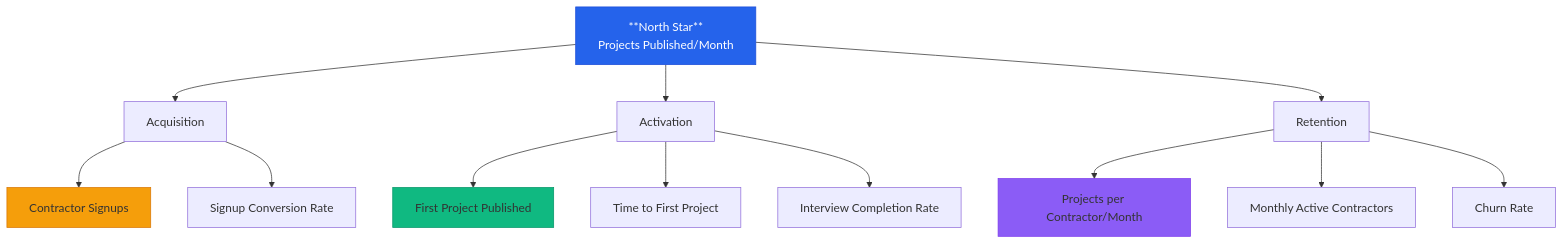
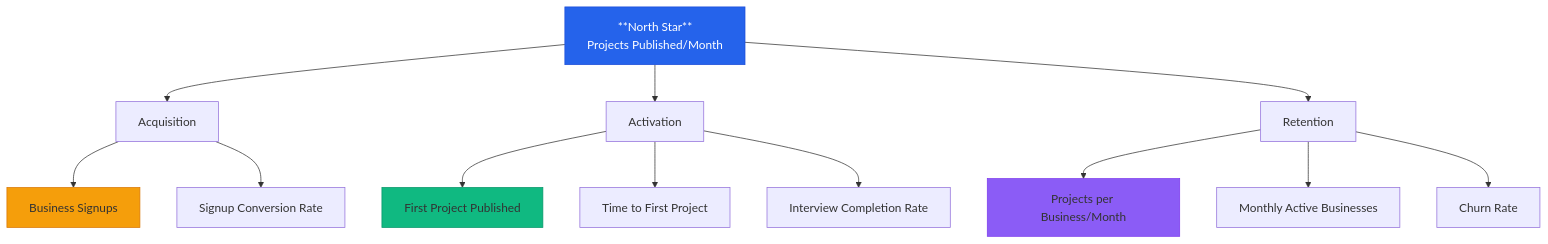
One commit to AaronBakerDev/knearme-platform changed the diagram in docs/01-vision/vision.md. Above: the diagram before and after it, drawn with Mermaid. The commit also changed other lines of this file and 244 other files, not shown here.

First line of the commit message:
Complete Sprint 11: contractors → businesses rename

````diff
--- a/docs/01-vision/vision.md
+++ b/docs/01-vision/vision.md
@@ -45,22 +53,22 @@
 ```mermaid
 graph TD
     A[**North Star**<br/>Projects Published/Month] --> B[Acquisition]
     A --> C[Activation]
     A --> D[Retention]
 
-    B --> B1[Contractor Signups]
+    B --> B1[Business Signups]
     B --> B2[Signup Conversion Rate]
 
     C --> C1[First Project Published]
     C --> C2[Time to First Project]
     C --> C3[Interview Completion Rate]
 
-    D --> D1[Projects per Contractor/Month]
-    D --> D2[Monthly Active Contractors]
+    D --> D1[Projects per Business/Month]
+    D --> D2[Monthly Active Businesses]
     D --> D3[Churn Rate]
 
     style A fill:#2563eb,stroke:#1d4ed8,color:#fff
     style B1 fill:#f59e0b,stroke:#d97706
     style C1 fill:#10b981,stroke:#059669
     style D1 fill:#8b5cf6,stroke:#7c3aed
 ```
````
